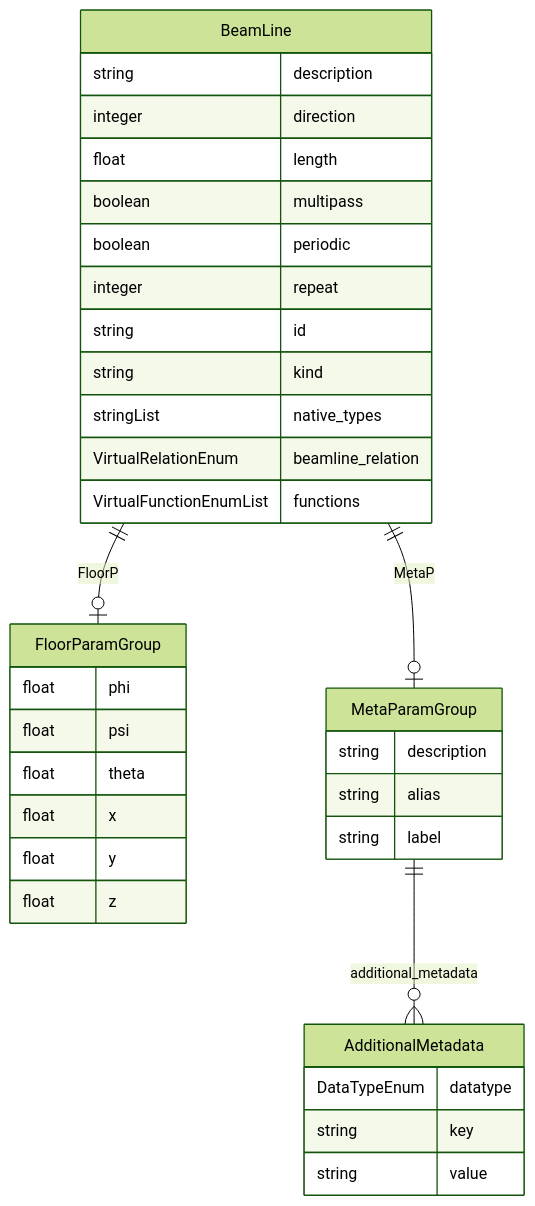
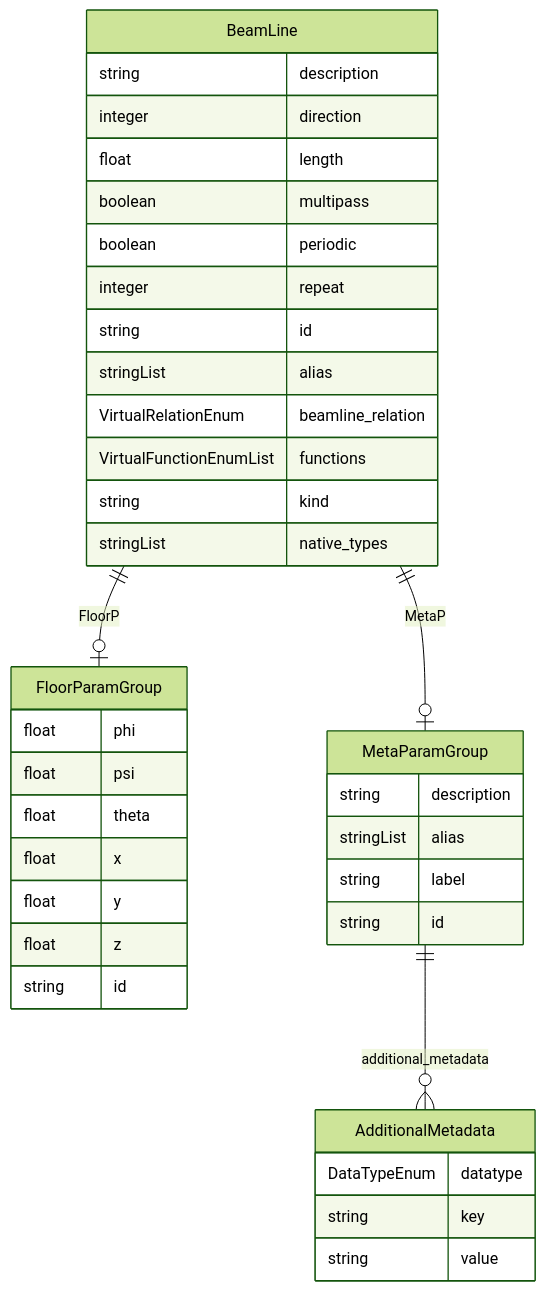
One commit to pals-project/pals-facility-config changed the diagram in docs/elements/classes/BeamLine.md. Above: the diagram before and after it, drawn with Mermaid (forest theme). The commit also changed other lines of this file and 499 other files, not shown here.

````diff
--- a/docs/elements/classes/BeamLine.md
+++ b/docs/elements/classes/BeamLine.md
@@ -15,39 +15,42 @@
 ```mermaid
 erDiagram
 AdditionalMetadata {
     DataTypeEnum datatype  
     string key  
     string value  
 }
 BeamLine {
     string description  
     integer direction  
     float length  
     boolean multipass  
     boolean periodic  
     integer repeat  
     string id  
+    stringList alias  
+    VirtualRelationEnum beamline_relation  
+    VirtualFunctionEnumList functions  
     string kind  
     stringList native_types  
-    VirtualRelationEnum beamline_relation  
-    VirtualFunctionEnumList functions  
 }
 FloorParamGroup {
     float phi  
     float psi  
     float theta  
     float x  
     float y  
     float z  
+    string id  
 }
 MetaParamGroup {
     string description  
-    string alias  
+    stringList alias  
     string label  
+    string id  
 }
 
 BeamLine ||--|o FloorParamGroup : "FloorP"
 BeamLine ||--|o MetaParamGroup : "MetaP"
 MetaParamGroup ||--}o AdditionalMetadata : "additional_metadata"
 
 ```
````
